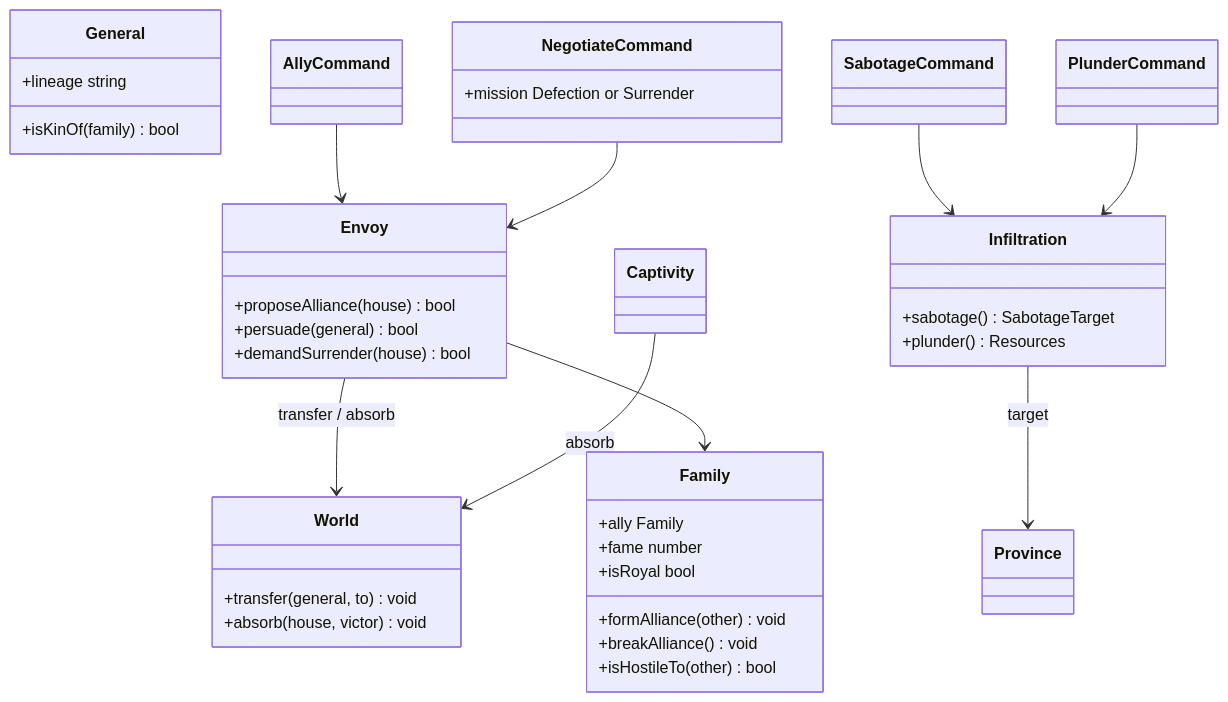
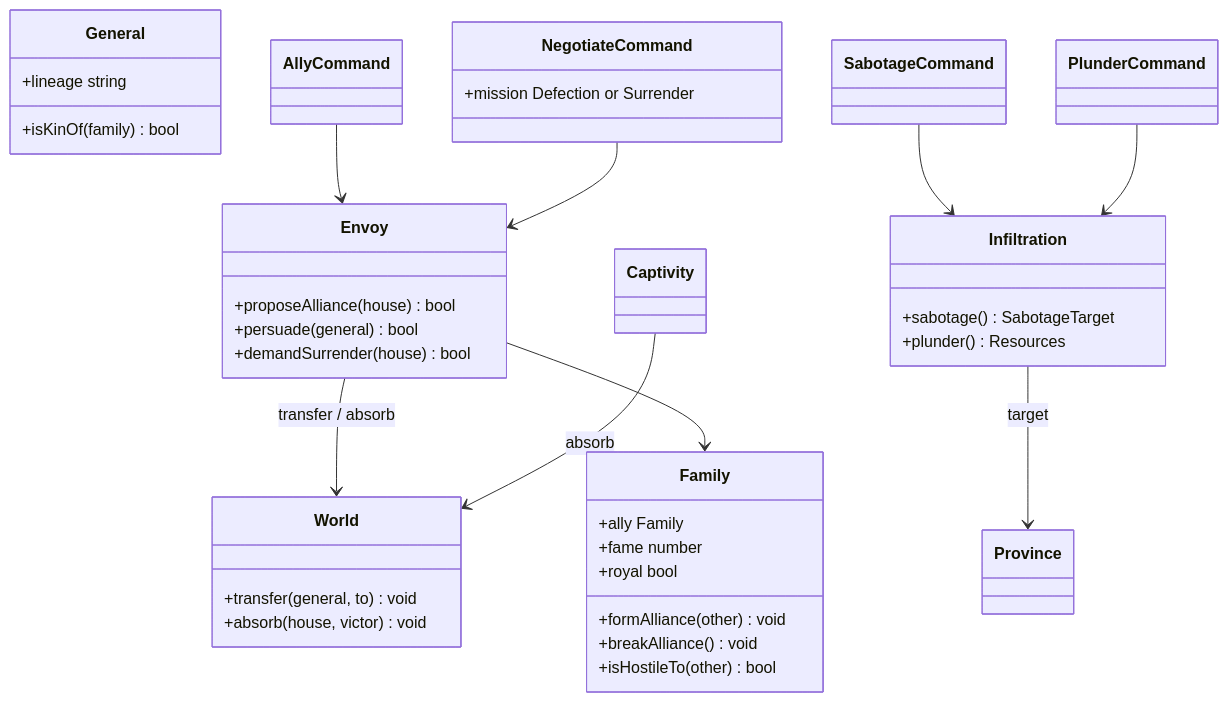
Before and after one commit to pslotinsky/kunstkamera: the second of 4 diagrams in gemfire/docs/design/10-diplomacy.md, drawn with Mermaid. The commit also changed other lines of this file and 38 other files, not shown here.

````diff
--- a/gemfire/docs/design/10-diplomacy.md
+++ b/gemfire/docs/design/10-diplomacy.md
@@ -132,42 +132,42 @@
 ```mermaid
 classDiagram
   class Family {
     +ally Family
     +fame number
-    +isRoyal bool
+    +royal bool
     +formAlliance(other) void
     +breakAlliance() void
     +isHostileTo(other) bool
   }
   class General {
     +lineage string
     +isKinOf(family) bool
   }
   class Envoy {
     +proposeAlliance(house) bool
     +persuade(general) bool
     +demandSurrender(house) bool
   }
   class Infiltration {
     +sabotage() SabotageTarget
     +plunder() Resources
   }
   class World {
     +transfer(general, to) void
     +absorb(house, victor) void
   }
   class AllyCommand
   class NegotiateCommand {
     +mission Defection or Surrender
   }
   class SabotageCommand
   class PlunderCommand
   AllyCommand --> Envoy
   NegotiateCommand --> Envoy
   SabotageCommand --> Infiltration
   PlunderCommand --> Infiltration
   Envoy --> World : transfer / absorb
   Captivity --> World : absorb
   Envoy --> Family
   Infiltration --> Province : target
 ```
````
